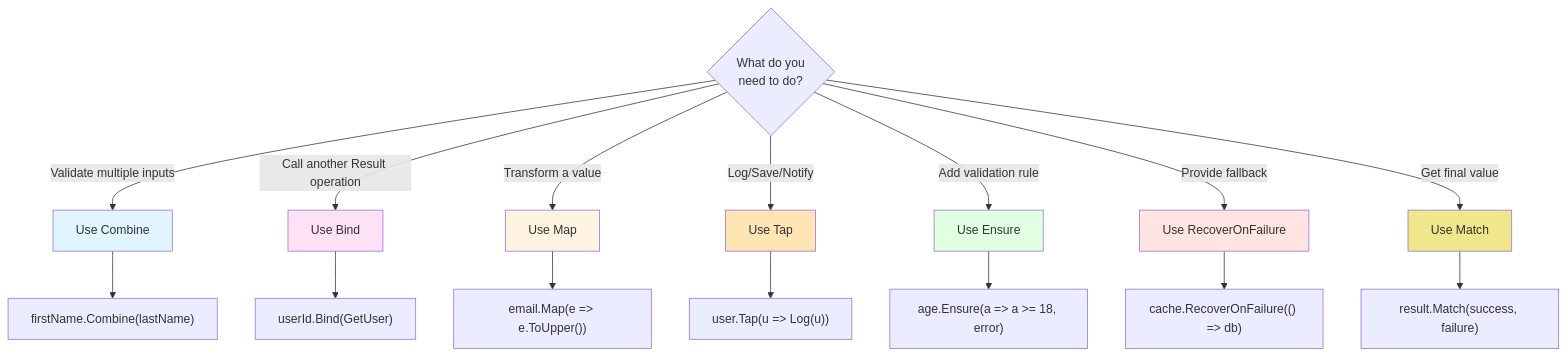
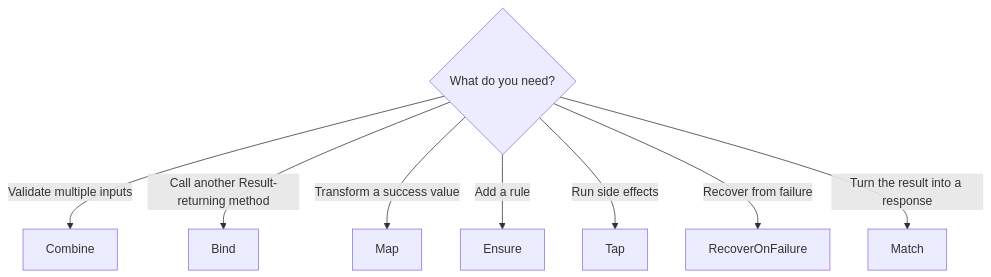
Before and after one commit to xavierjohn/Trellis: the second of 2 diagrams in docs/docfx_project/articles/basics.md, drawn with Mermaid. The commit also changed other lines of this file and 107 other files, not shown here.

````diff
--- a/docs/docfx_project/articles/basics.md
+++ b/docs/docfx_project/articles/basics.md
@@ -733,28 +463,11 @@
 ```mermaid
 flowchart TD
-    START{What do you<br/>need to do?}
-    
-    START -->|Validate multiple inputs| COMBINE[Use Combine]
-    START -->|Call another Result operation| BIND[Use Bind]
-    START -->|Transform a value| MAP[Use Map]
-    START -->|Log/Save/Notify| TAP[Use Tap]
-    START -->|Add validation rule| ENSURE[Use Ensure]
-    START -->|Provide fallback| RecoverOnFailure[Use RecoverOnFailure]
-    START -->|Get final value| MATCH[Use Match]
-    
-    COMBINE --> CODE1["firstName.Combine(lastName)"]
-    BIND --> CODE2["userId.Bind(GetUser)"]
-    MAP --> CODE3["email.Map(e => e.ToUpper())"]
-    TAP --> CODE4["user.Tap(u => Log(u))"]
-    ENSURE --> CODE5["age.Ensure(a => a >= 18, error)"]
-    RecoverOnFailure --> CODE6["cache.RecoverOnFailure(() => db)"]
-    MATCH --> CODE7["result.Match(success, failure)"]
-    
-    style COMBINE fill:#E1F5FF
-    style BIND fill:#FFE1F5
-    style MAP fill:#FFF4E1
-    style TAP fill:#FFE4B5
-    style ENSURE fill:#E1FFE1
-    style RecoverOnFailure fill:#FFE4E1
-    style MATCH fill:#F0E68C
+    START{What do you need?}
+    START -->|Validate multiple inputs| COMBINE[Combine]
+    START -->|Call another Result-returning method| BIND[Bind]
+    START -->|Transform a success value| MAP[Map]
+    START -->|Add a rule| ENSURE[Ensure]
+    START -->|Run side effects| TAP[Tap]
+    START -->|Recover from failure| RECOVER[RecoverOnFailure]
+    START -->|Turn the result into a response| MATCH[Match]
 ```
````
